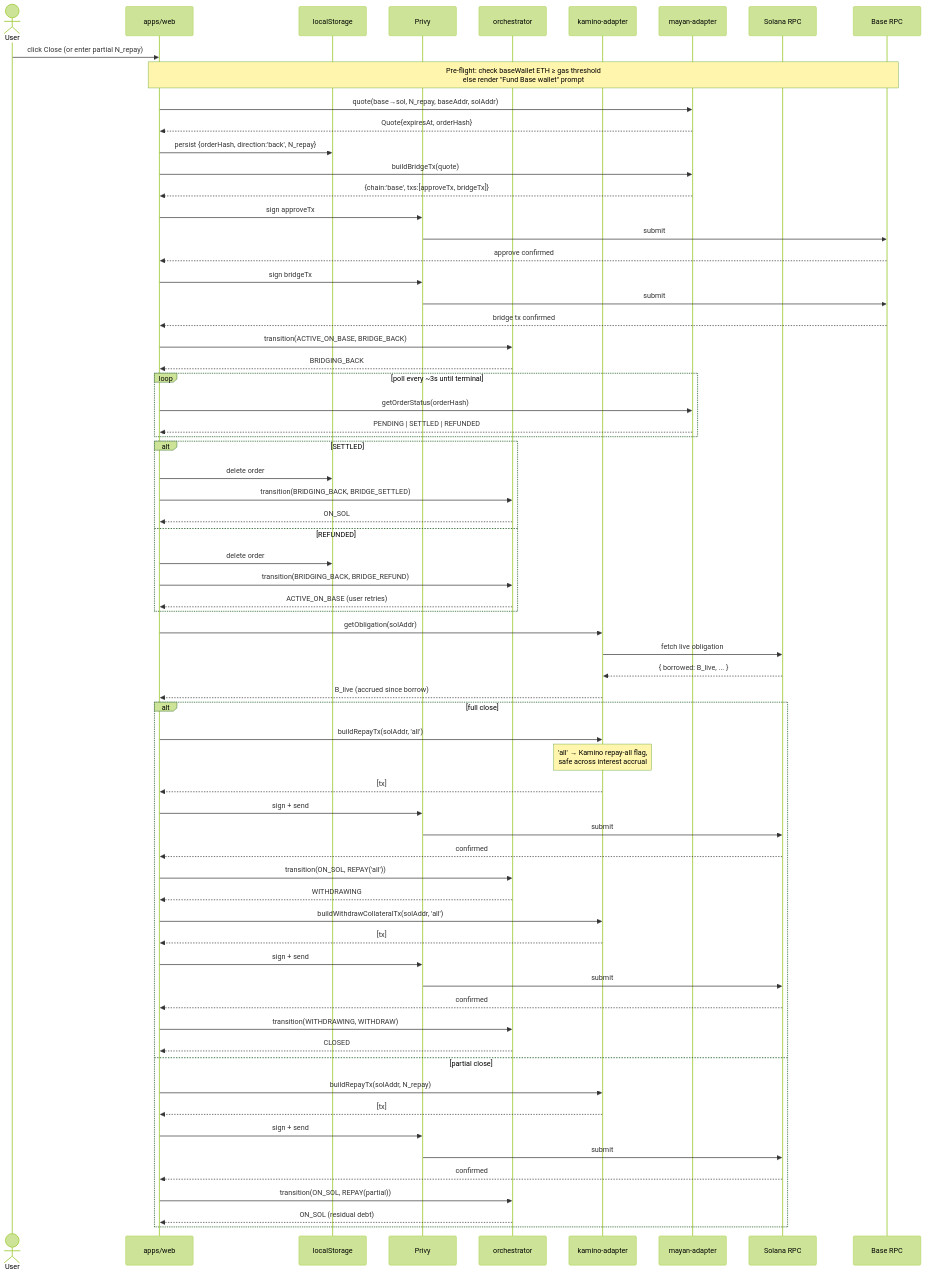
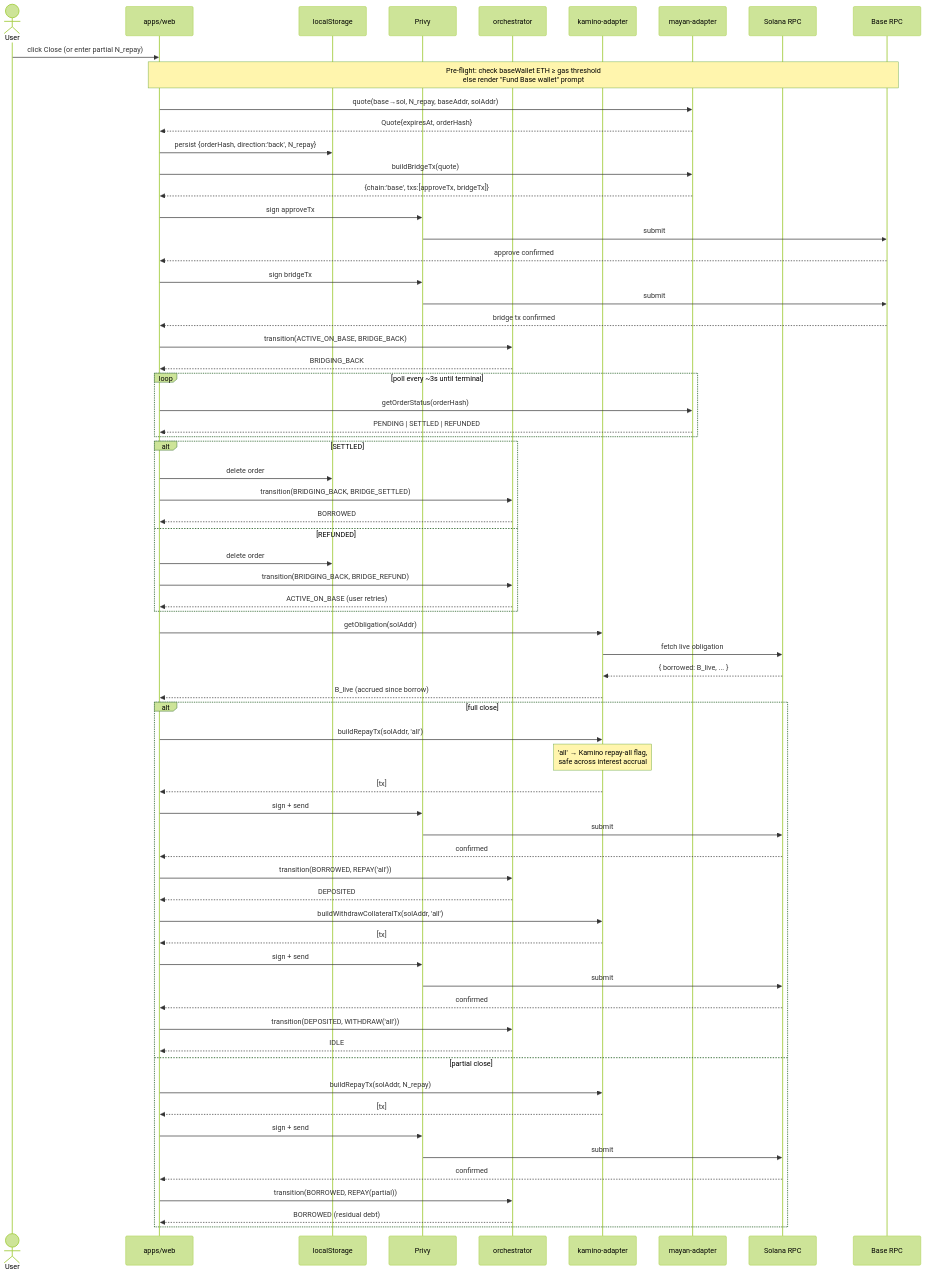
Before and after one commit to Milerius/kast-project: the fifth of 7 diagrams in docs/ARCHITECTURE.md, drawn with Mermaid (forest theme). The commit also changed other lines of this file and 1 other file, not shown here.

````diff
--- a/docs/ARCHITECTURE.md
+++ b/docs/ARCHITECTURE.md
@@ -217,76 +222,76 @@
 ```mermaid
 sequenceDiagram
     actor User
     participant UI as apps/web
     participant LS as localStorage
     participant P as Privy
     participant O as orchestrator
     participant K as kamino-adapter
     participant M as mayan-adapter
     participant SOL as Solana RPC
     participant BASE as Base RPC
 
     User->>UI: click Close (or enter partial N_repay)
     Note over UI,BASE: Pre-flight: check baseWallet ETH ≥ gas threshold<br/>else render "Fund Base wallet" prompt
 
     UI->>M: quote(base→sol, N_repay, baseAddr, solAddr)
     M-->>UI: Quote{expiresAt, orderHash}
     UI->>LS: persist {orderHash, direction:'back', N_repay}
     UI->>M: buildBridgeTx(quote)
     M-->>UI: {chain:'base', txs:[approveTx, bridgeTx]}
 
     UI->>P: sign approveTx
     P->>BASE: submit
     BASE-->>UI: approve confirmed
     UI->>P: sign bridgeTx
     P->>BASE: submit
     BASE-->>UI: bridge tx confirmed
     UI->>O: transition(ACTIVE_ON_BASE, BRIDGE_BACK)
     O-->>UI: BRIDGING_BACK
 
     loop poll every ~3s until terminal
         UI->>M: getOrderStatus(orderHash)
         M-->>UI: PENDING | SETTLED | REFUNDED
     end
     alt SETTLED
         UI->>LS: delete order
         UI->>O: transition(BRIDGING_BACK, BRIDGE_SETTLED)
-        O-->>UI: ON_SOL
+        O-->>UI: BORROWED
     else REFUNDED
         UI->>LS: delete order
         UI->>O: transition(BRIDGING_BACK, BRIDGE_REFUND)
         O-->>UI: ACTIVE_ON_BASE (user retries)
     end
 
     UI->>K: getObligation(solAddr)
     K->>SOL: fetch live obligation
     SOL-->>K: { borrowed: B_live, ... }
     K-->>UI: B_live (accrued since borrow)
 
     alt full close
         UI->>K: buildRepayTx(solAddr, 'all')
         Note over K: 'all' → Kamino repay-all flag,<br/>safe across interest accrual
         K-->>UI: [tx]
         UI->>P: sign + send
         P->>SOL: submit
         SOL-->>UI: confirmed
-        UI->>O: transition(ON_SOL, REPAY('all'))
-        O-->>UI: WITHDRAWING
+        UI->>O: transition(BORROWED, REPAY('all'))
+        O-->>UI: DEPOSITED
 
         UI->>K: buildWithdrawCollateralTx(solAddr, 'all')
         K-->>UI: [tx]
         UI->>P: sign + send
         P->>SOL: submit
         SOL-->>UI: confirmed
-        UI->>O: transition(WITHDRAWING, WITHDRAW)
-        O-->>UI: CLOSED
+        UI->>O: transition(DEPOSITED, WITHDRAW('all'))
+        O-->>UI: IDLE
     else partial close
         UI->>K: buildRepayTx(solAddr, N_repay)
         K-->>UI: [tx]
         UI->>P: sign + send
         P->>SOL: submit
         SOL-->>UI: confirmed
-        UI->>O: transition(ON_SOL, REPAY(partial))
-        O-->>UI: ON_SOL (residual debt)
+        UI->>O: transition(BORROWED, REPAY(partial))
+        O-->>UI: BORROWED (residual debt)
     end
 ```
````
